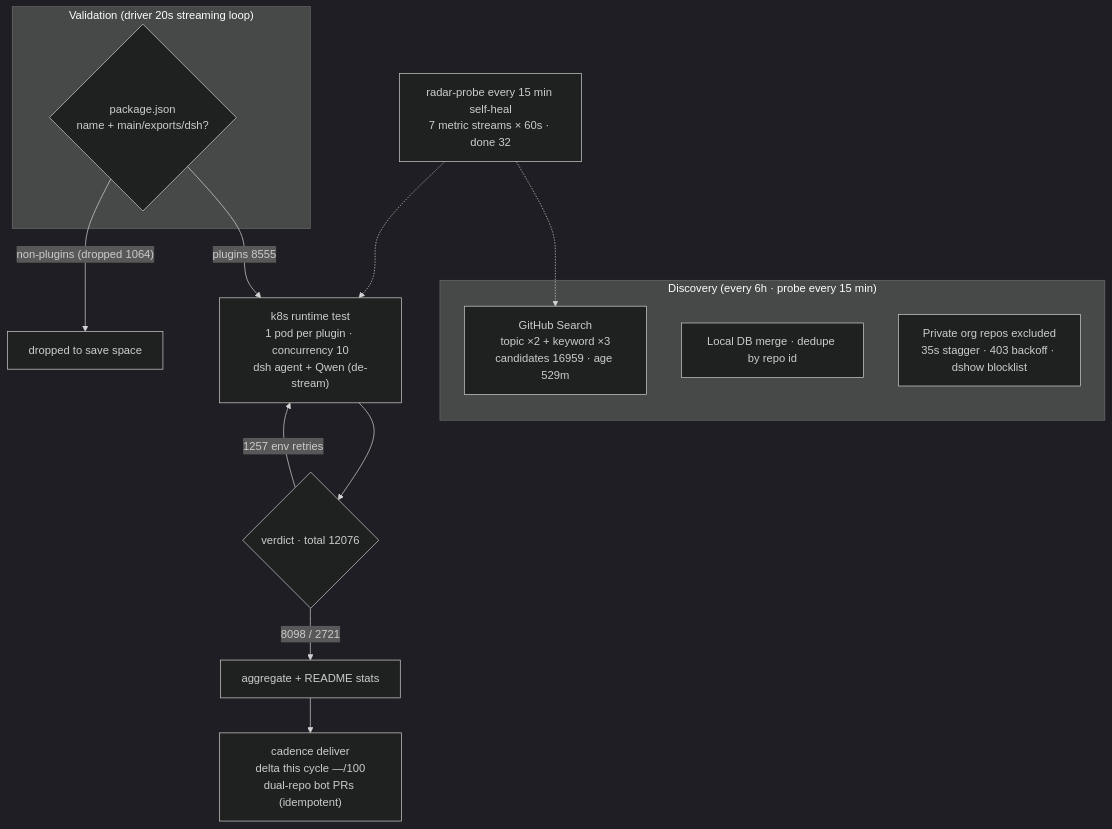
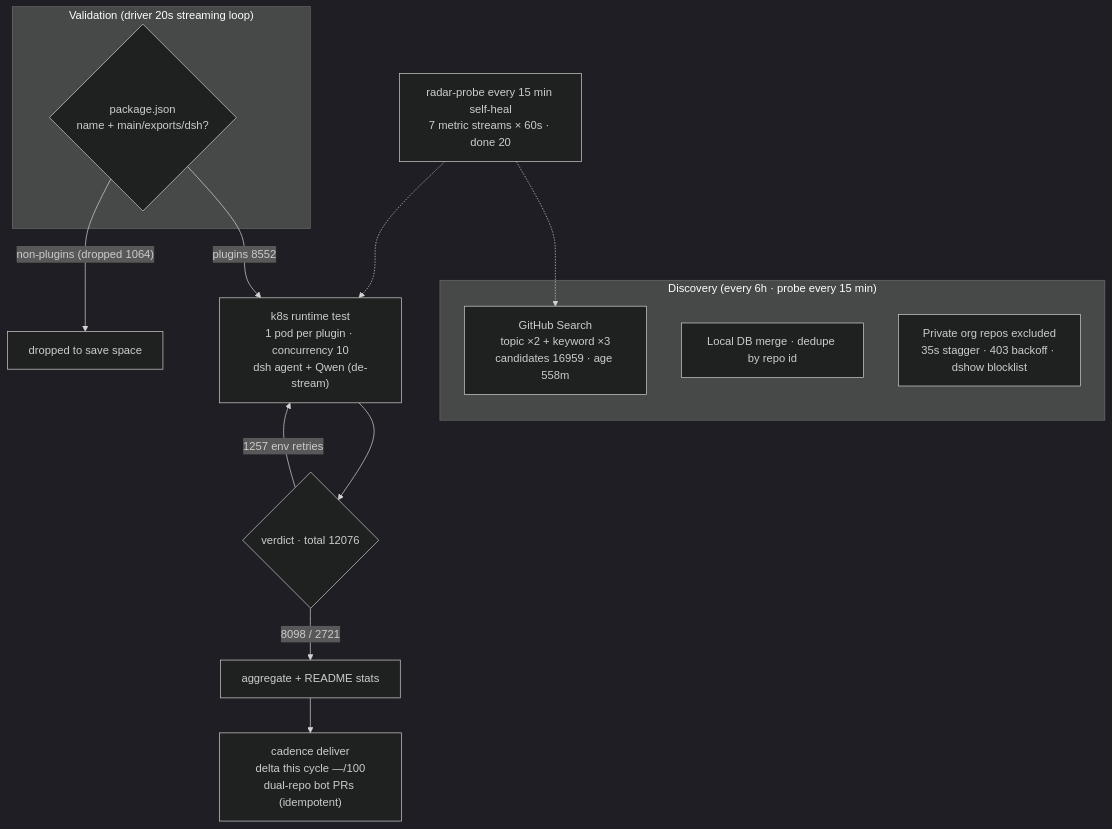
One commit to AdamPlatin123/awesome-dsh-plugins changed the diagram in README.en-US.md. Above: the diagram before and after it, drawn with Mermaid (dark theme). The commit also changed other lines of this file and 5 other files, not shown here.

````diff
--- a/README.en-US.md
+++ b/README.en-US.md
@@ -45,20 +45,20 @@
 ```mermaid
 flowchart TB
     subgraph Discovery["Discovery (every 6h · probe every 15 min)"]
-        A1["GitHub Search<br/>topic ×2 + keyword ×3<br/>candidates 16959 · age 529m"]
+        A1["GitHub Search<br/>topic ×2 + keyword ×3<br/>candidates 16959 · age 558m"]
         A2["Local DB merge · dedupe by repo id"]
         A3["Private org repos excluded<br/>35s stagger · 403 backoff · dshow blocklist"]
     end
     subgraph Validation["Validation (driver 20s streaming loop)"]
         B1{"package.json<br/>name + main/exports/dsh?"}
     end
-    B1 -->|"plugins 8555"| C1["k8s runtime test<br/>1 pod per plugin · concurrency 10<br/>dsh agent + Qwen (de-stream)"]
+    B1 -->|"plugins 8552"| C1["k8s runtime test<br/>1 pod per plugin · concurrency 10<br/>dsh agent + Qwen (de-stream)"]
     B1 -->|"non-plugins (dropped 1064)"| B3["dropped to save space"]
     C1 --> D1{"verdict · total 12076"}
     D1 -->|"8098 / 2721"| E1["aggregate + README stats"]
     D1 -->|"1257 env retries"| C1
     E1 --> E2["cadence deliver<br/>delta this cycle —/100<br/>dual-repo bot PRs (idempotent)"]
-    M["radar-probe every 15 min self-heal<br/>7 metric streams × 60s · done 32"]
+    M["radar-probe every 15 min self-heal<br/>7 metric streams × 60s · done 20"]
     M -.-> A1
     M -.-> C1
 ```
````
